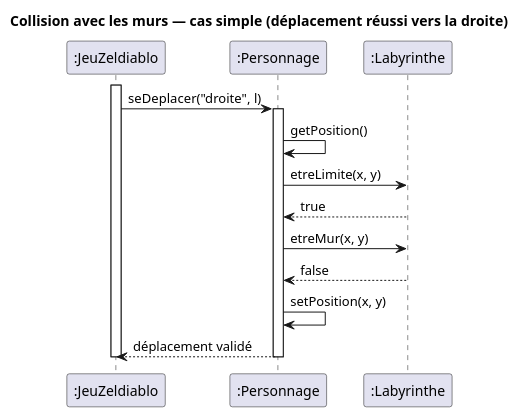
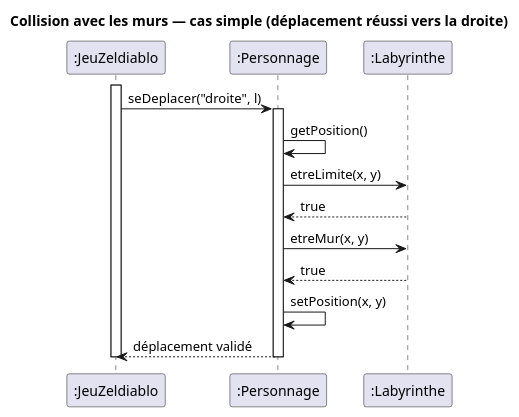
The diagram in documents/version_2/diagramme_de_sequence_ colision_mur.puml (D-Lilian09/2026_COO_Zeldiablo_DU-HE-MA-PA), drawn with PlantUML before and after one commit.

Commit message:
modification diagramme de sequence colision mur

```diff
--- a/documents/version_2/diagramme_de_sequence_ colision_mur.puml
+++ b/documents/version_2/diagramme_de_sequence_ colision_mur.puml
@@ -1,29 +1,29 @@
 @startuml
 title Collision avec les murs — cas simple (déplacement réussi vers la droite)
 
 participant ":JeuZeldiablo" as jeu
 participant ":Personnage" as perso
 participant ":Labyrinthe" as laby
 
 
 activate jeu
 
 jeu -> perso : seDeplacer("droite", l)
 activate perso
 
 perso -> perso : getPosition()
 
 
 perso -> laby : etreLimite(x, y)
 laby --> perso : true
 
 perso -> laby : etreMur(x, y)
-laby --> perso : false
+laby --> perso : true
 
 perso -> perso : setPosition(x, y)
 
 perso --> jeu : déplacement validé
 deactivate perso
 
 deactivate jeu
 @enduml
```
